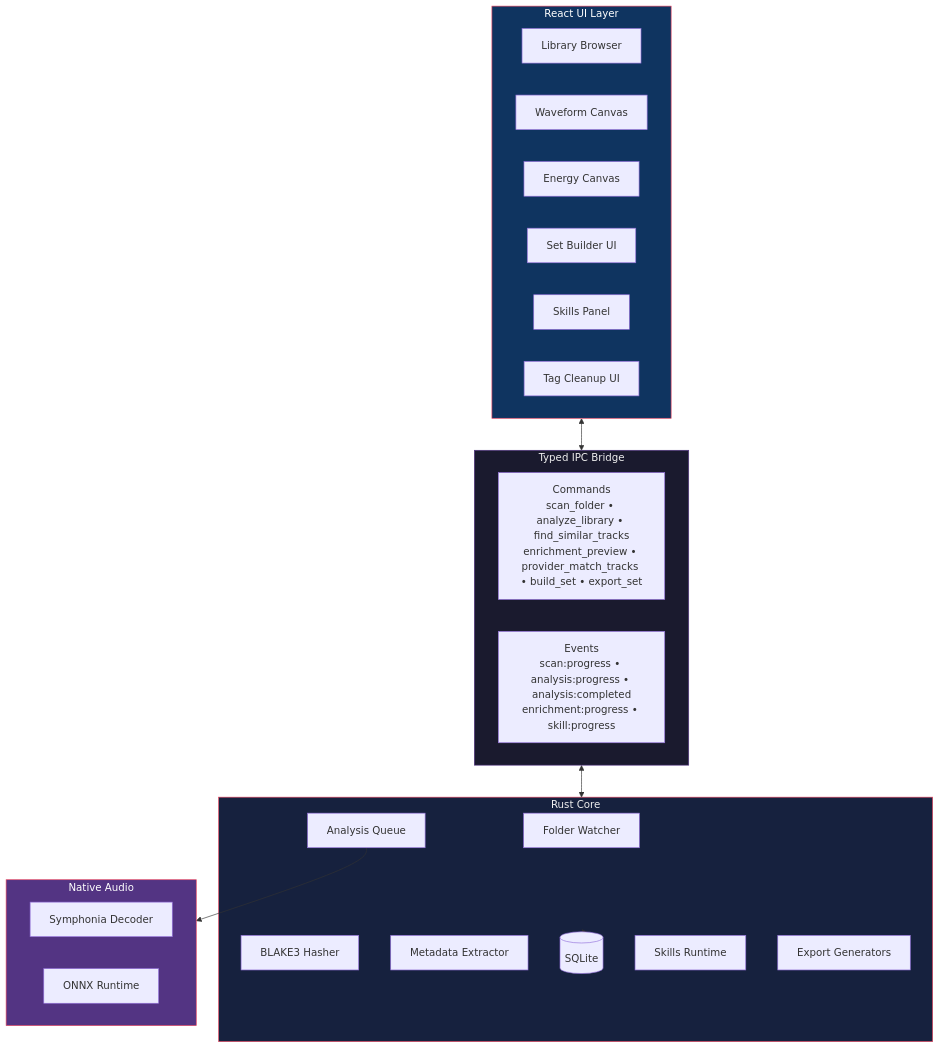
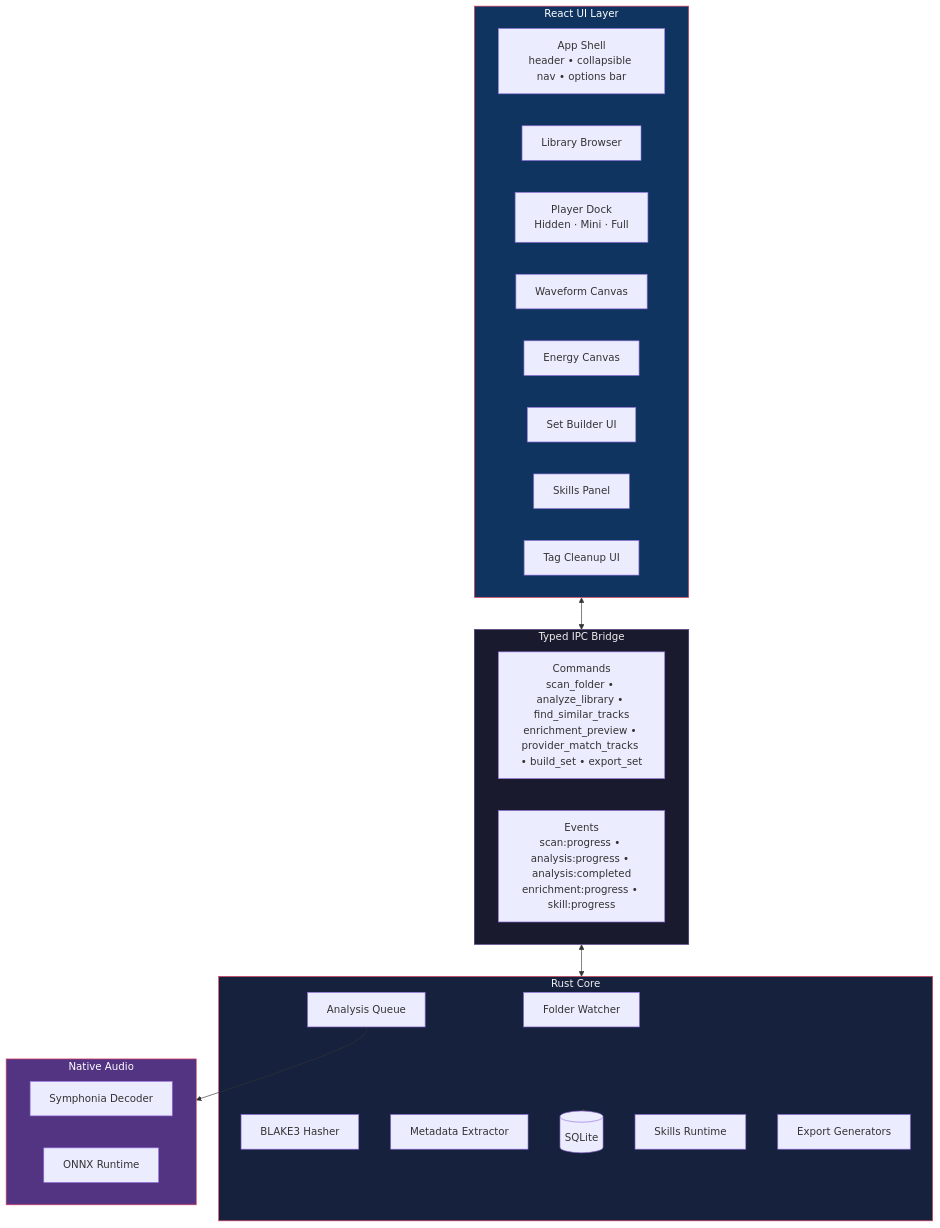
The first of 2 diagrams in docs/diagrams/11-component-ipc.md (iDorgham/DJ-Assistant), drawn with Mermaid before and after one commit. The commit also changed 31 other files, not shown here.

First line of the commit message:
feat(desktop): implement app-shell UI state management and player interface

````diff
--- a/docs/diagrams/11-component-ipc.md
+++ b/docs/diagrams/11-component-ipc.md
@@ -5,41 +5,43 @@
 ```mermaid
 flowchart TB
     subgraph React["React UI Layer"]
+        SHELL[App Shell<br/>header • collapsible nav • options bar]
         LIB[Library Browser]
+        PLAYER[Player Dock<br/>Hidden · Mini · Full]
         WAVE[Waveform Canvas]
         ENERGY[Energy Canvas]
         SETUI[Set Builder UI]
         SKILLS[Skills Panel]
         TAGS[Tag Cleanup UI]
     end
 
     subgraph IPC["Typed IPC Bridge"]
         CMD[Commands<br/>scan_folder • analyze_library • find_similar_tracks<br/>enrichment_preview • provider_match_tracks • build_set • export_set]
         EVT[Events<br/>scan:progress • analysis:progress • analysis:completed<br/>enrichment:progress • skill:progress]
     end
 
     subgraph Rust["Rust Core"]
         WATCH[Folder Watcher]
         HASH[BLAKE3 Hasher]
         META[Metadata Extractor]
         DB[(SQLite)]
         QUEUE[Analysis Queue]
         SKILLRT[Skills Runtime]
         EXPORT[Export Generators]
     end
 
     subgraph Native["Native Audio"]
         SYM[Symphonia Decoder]
         ONNX[ONNX Runtime]
     end
 
     React <--> IPC
     IPC <--> Rust
     QUEUE --> Native
     Rust --> DB
 
     style React fill:#0f3460,stroke:#e94560,color:#fff
     style IPC fill:#1a1a2e,stroke:#533483,color:#eee
     style Rust fill:#16213e,stroke:#e94560,color:#eee
     style Native fill:#533483,stroke:#e94560,color:#fff
 ```
````
